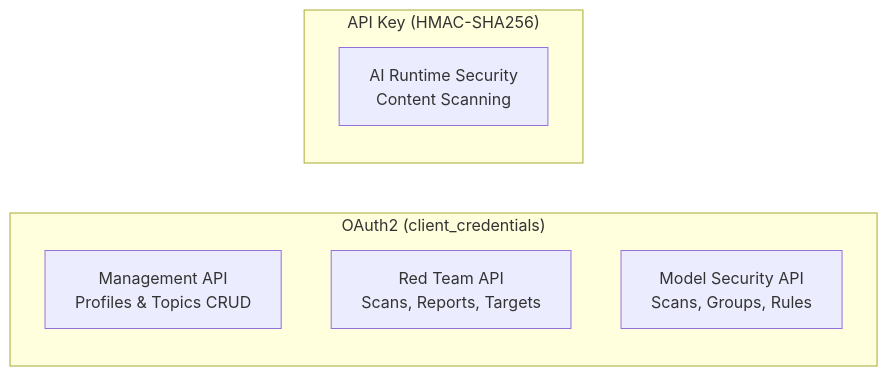
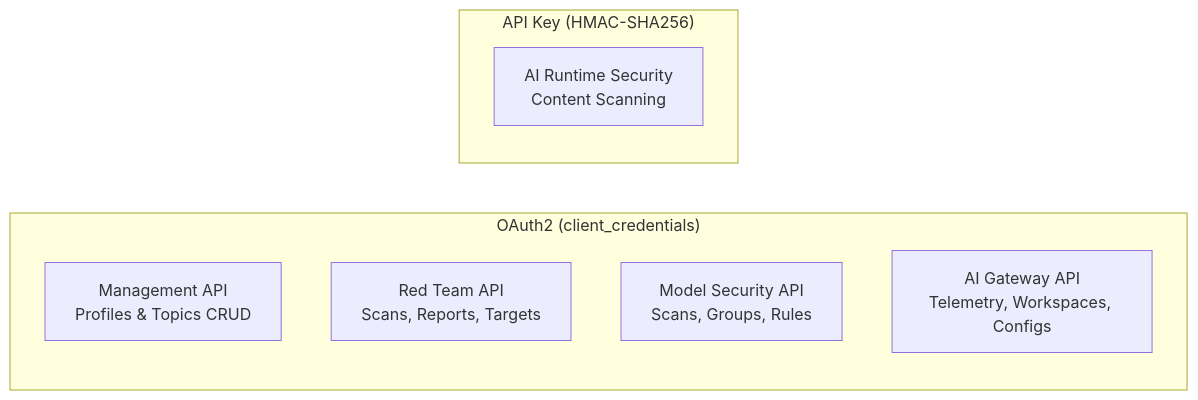
The diagram in docs-site/docs/getting-started/quick-start.mdx (cdot65/prisma-airs-sdk), drawn with Mermaid before and after one commit. The commit also changed other lines of this file and 31 other files, not shown here.

````diff
--- a/docs-site/docs/getting-started/quick-start.mdx
+++ b/docs-site/docs/getting-started/quick-start.mdx
@@ -17,11 +17,12 @@
 ```mermaid
 graph LR
     subgraph "OAuth2 (client_credentials)"
         MGMT[Management API<br/>Profiles & Topics CRUD]
         RT[Red Team API<br/>Scans, Reports, Targets]
         MS[Model Security API<br/>Scans, Groups, Rules]
+        GW[AI Gateway API<br/>Telemetry, Workspaces, Configs]
     end
     subgraph "API Key (HMAC-SHA256)"
         SCAN[AI Runtime Security<br/>Content Scanning]
     end
 ```
````
